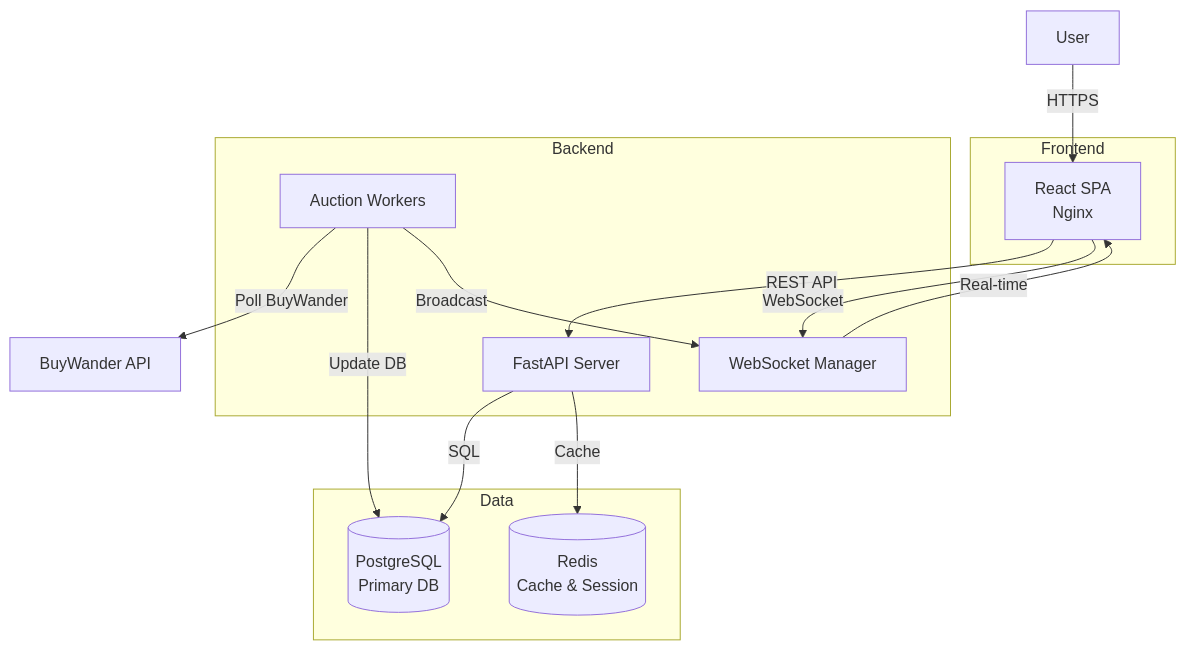
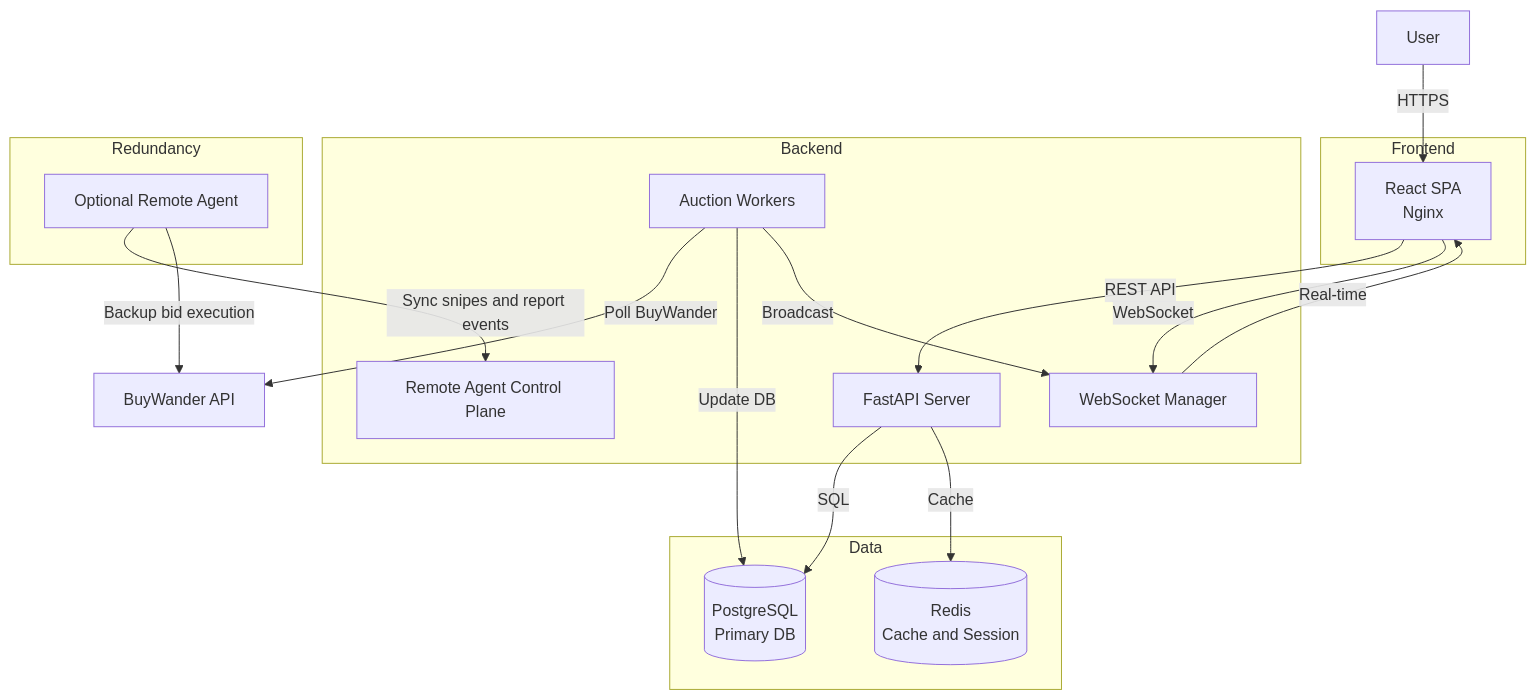
Before and after one commit to hollajandro/bwsniper: the diagram in README.md, drawn with Mermaid. The commit also changed other lines of this file and 31 other files, not shown here.

Commit message:
Add remote redundancy agent support

````diff
--- a/README.md
+++ b/README.md
@@ -50,27 +55,34 @@
 ```mermaid
 graph TB
     subgraph Frontend
         A[React SPA<br/>Nginx]
     end
-    
+
     subgraph Backend
         B[FastAPI Server]
         C[Auction Workers]
         D[WebSocket Manager]
+        H[Remote Agent Control Plane]
     end
-    
+
+    subgraph Redundancy
+        I[Optional Remote Agent]
+    end
+
     subgraph Data
         E[(PostgreSQL<br/>Primary DB)]
-        F[(Redis<br/>Cache & Session)]
+        F[(Redis<br/>Cache and Session)]
     end
-    
+
     User -->|HTTPS| A
     A -->|REST API| B
     A -->|WebSocket| D
     B -->|SQL| E
     B -->|Cache| F
     C -->|Poll BuyWander| G[BuyWander API]
     C -->|Update DB| E
     C -->|Broadcast| D
     D -->|Real-time| A
+    I -->|Sync snipes and report events| H
+    I -->|Backup bid execution| G
 ```
````
